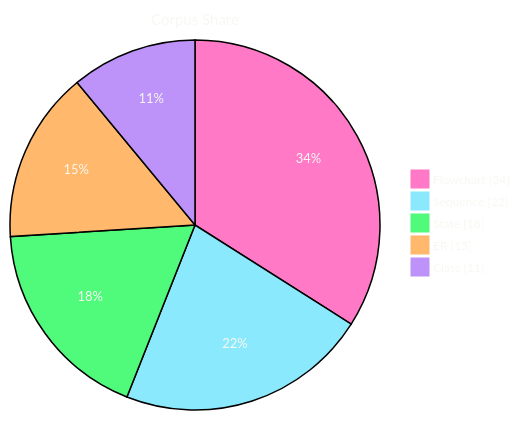
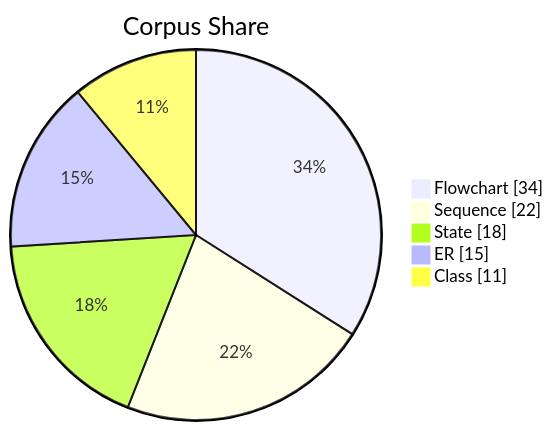
Before and after one commit to bsamiee/Rasm: the fifth of 25 diagrams in .claude/skills/mermaid-diagramming/references/syntax-extended.md, drawn with Mermaid. The commit also changed other lines of this file and 28 other files, not shown here.

Commit message:
skills(docgen+mermaid): payload-only diagram law — docgen gate/fixer strips fence styling; mermaid bundle sheds the styling canon, theming survives as one opt-in reference

````diff
--- a/.claude/skills/mermaid-diagramming/references/syntax-extended.md
+++ b/.claude/skills/mermaid-diagramming/references/syntax-extended.md
@@ -276,38 +168,16 @@
 ```mermaid
 ---
 config:
-  theme: base
-  look: classic
   pie:
     textPosition: 0.7
-  themeVariables:
-    darkMode: true
-    fontFamily: "SF Mono, Menlo, Cascadia Mono, Segoe UI Mono, Consolas, monospace"
-    useGradient: false
-    dropShadow: "none"
-    pieOpacity: 1
-    pieOuterStrokeWidth: "0px"
-    pieStrokeWidth: "1.5px"
-    pieSectionTextSize: "13px"
-    pieSectionTextColor: "#F8F8F2"
-    pieLegendTextSize: "12px"
-    pieLegendTextColor: "#F8F8F2"
-    pieTitleTextSize: "15px"
-    pieTitleTextColor: "#F8F8F2"
-    pie1: "#FF79C6"
-    pie2: "#8BE9FD"
-    pie3: "#50FA7B"
-    pie4: "#FFB86C"
-    pie5: "#BD93F9"
-  themeCSS: ".pieCircle{opacity:1}.slice{font-weight:700}.pieCircle:nth-of-type(1){fill:#FF79C680;stroke:#FF79C6}.pieCircle:nth-of-type(2){fill:#8BE9FD66;stroke:#8BE9FD}.pieCircle:nth-of-type(3){fill:#50FA7B66;stroke:#50FA7B}.pieCircle:nth-of-type(4){fill:#FFB86C66;stroke:#FFB86C}.pieCircle:nth-of-type(5){fill:#BD93F980;stroke:#BD93F9}.pieTitleText{font-weight:600}"
 ---
 pie showData
   accTitle: Render corpus share
   accDescr: Five diagram families split the committed corpus, flowchart holding the largest share.
   title Corpus Share
   "Flowchart" : 34
   "Sequence" : 22
   "State" : 18
   "ER" : 15
   "Class" : 11
 ```
````
